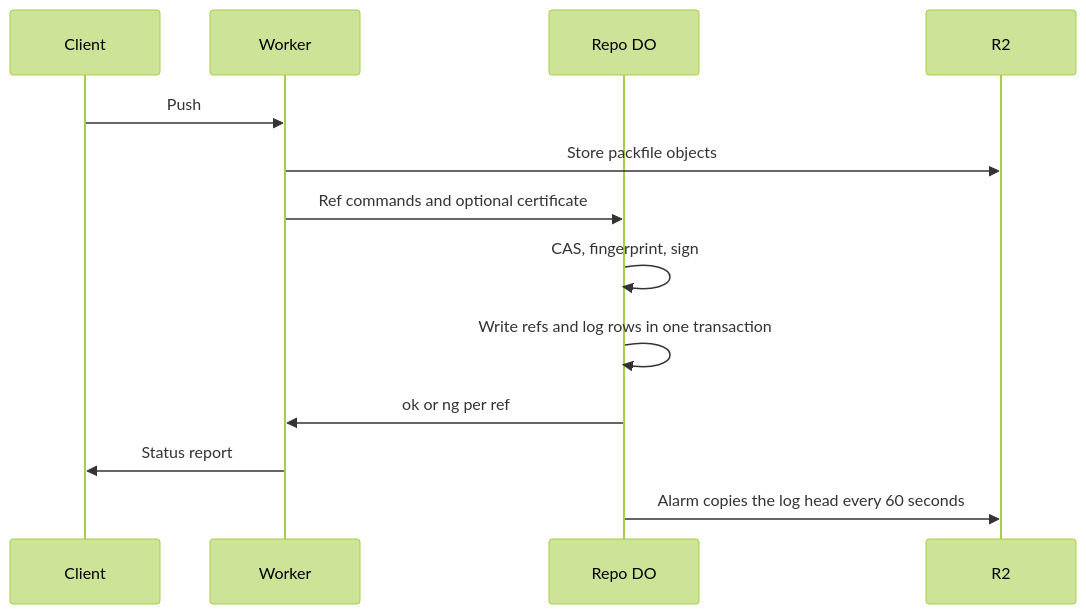
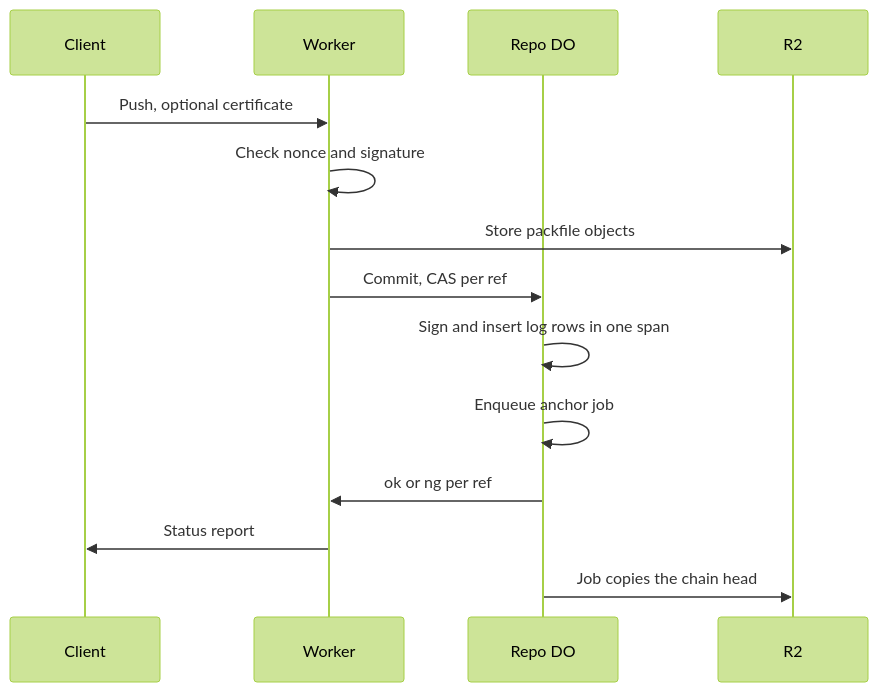
The diagram in plain/signed-reflog.md (idl3/git-edge), drawn with Mermaid (forest theme) before and after one commit. The commit also changed other lines of this file and 65 other files, not shown here.

````diff
--- a/plain/signed-reflog.md
+++ b/plain/signed-reflog.md
@@ -29,15 +34,16 @@
 ```mermaid
 sequenceDiagram
     participant C as Client
     participant W as Worker
     participant D as Repo DO
     participant R as R2
-    C->>W: Push
+    C->>W: Push, optional certificate
+    W->>W: Check nonce and signature
     W->>R: Store packfile objects
-    W->>D: Ref commands and optional certificate
-    D->>D: CAS, fingerprint, sign
-    D->>D: Write refs and log rows in one transaction
+    W->>D: Commit, CAS per ref
+    D->>D: Sign and insert log rows in one span
+    D->>D: Enqueue anchor job
     D->>W: ok or ng per ref
     W->>C: Status report
-    D->>R: Alarm copies the log head every 60 seconds
+    D->>R: Job copies the chain head
 ```
````
